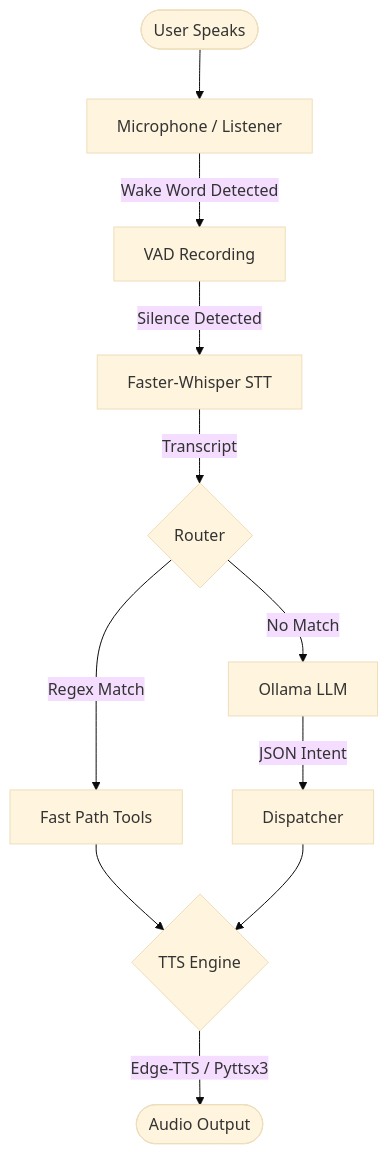
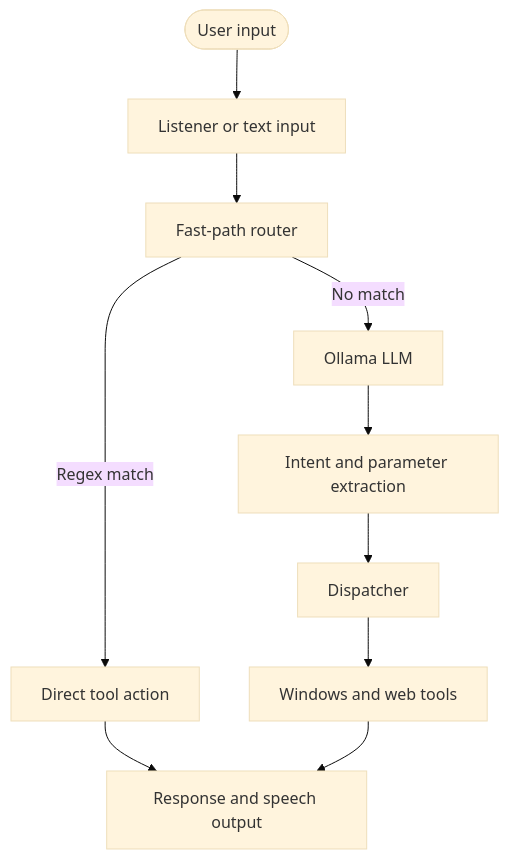
One commit to Aryanbht/Clovis---Your-AI-Desktop-Assistant changed the diagram in voice-agent/README.md. Above: the diagram before and after it, drawn with Mermaid (base theme). The commit also changed other lines of this file and 1 other file, not shown here.

````diff
--- a/voice-agent/README.md
+++ b/voice-agent/README.md
@@ -52,17 +50,12 @@
 ```mermaid
 flowchart TD
-    A([User Speaks]) --> B[Microphone / Listener]
-    B -->|Wake Word Detected| C[VAD Recording]
-    C -->|Silence Detected| D[Faster-Whisper STT]
-    D -->|Transcript| E{Router}
-    
-    E -->|Regex Match| F[Fast Path Tools]
-    E -->|No Match| G[Ollama LLM]
-    
-    G -->|JSON Intent| H[Dispatcher]
-    
-    F --> I{TTS Engine}
+    A([User input]) --> B[Listener or text input]
+    B --> C[Fast-path router]
+    C -->|Regex match| D[Direct tool action]
+    C -->|No match| E[Ollama LLM]
+    E --> F[Intent and parameter extraction]
+    F --> G[Dispatcher]
+    G --> H[Windows and web tools]
+    D --> I[Response and speech output]
     H --> I
-    
-    I -->|Edge-TTS / Pyttsx3| J([Audio Output])
 ```
````
